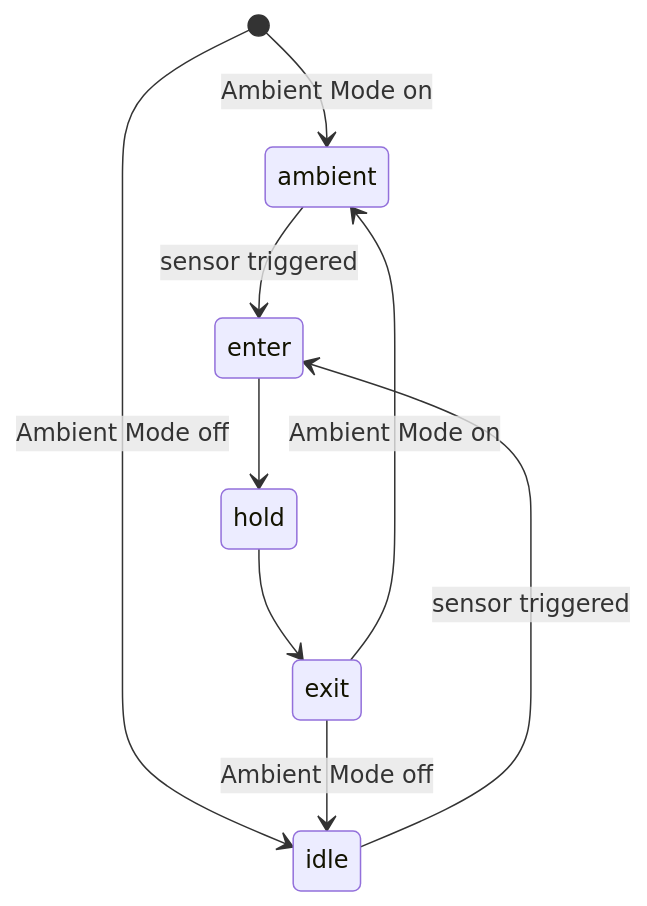
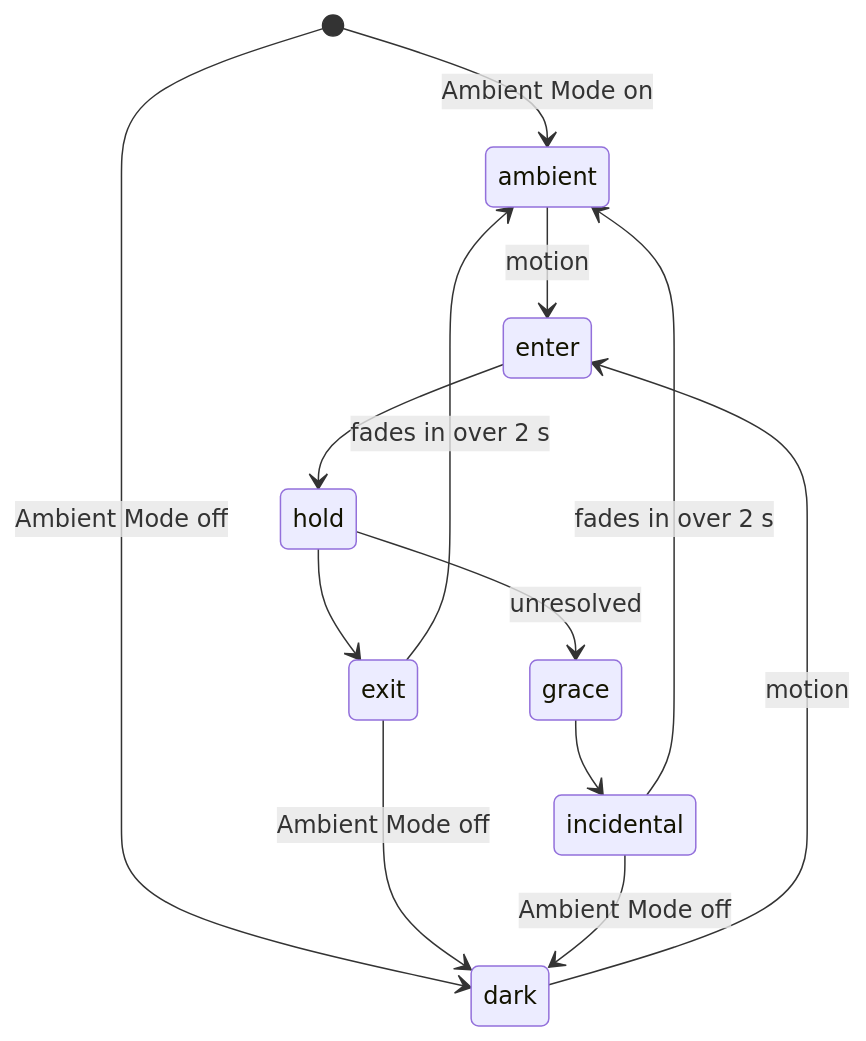
The sixth of 6 diagrams in stairwell-lighting/README.md (tim-salvador/espHOME), drawn with Mermaid before and after one commit. The commit also changed other lines of this file and 16 other files, not shown here.

First line of the commit message:
stairwell-lighting: v3.4.0 ambient mode

````diff
--- a/stairwell-lighting/README.md
+++ b/stairwell-lighting/README.md
@@ -959,11 +1045,15 @@
 ```mermaid
 stateDiagram-v2
     [*] --> ambient: Ambient Mode on
-    [*] --> idle: Ambient Mode off
-    ambient --> enter: sensor triggered
-    idle --> enter: sensor triggered
+    [*] --> dark: Ambient Mode off
+    ambient --> enter: motion
+    dark --> enter: motion
     enter --> hold
     hold --> exit
-    exit --> ambient: Ambient Mode on
-    exit --> idle: Ambient Mode off
+    hold --> grace: unresolved
+    grace --> incidental
+    exit --> ambient: fades in over 2 s
+    incidental --> ambient: fades in over 2 s
+    exit --> dark: Ambient Mode off
+    incidental --> dark: Ambient Mode off
 ```
````
